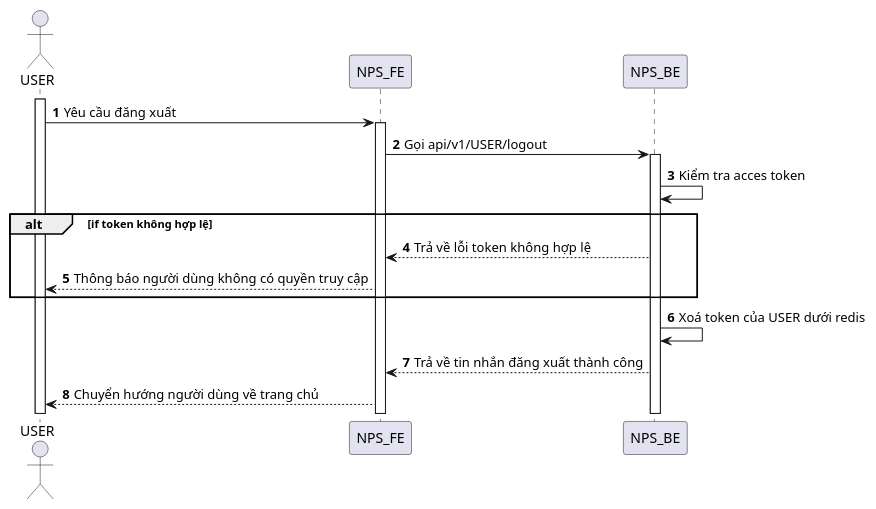
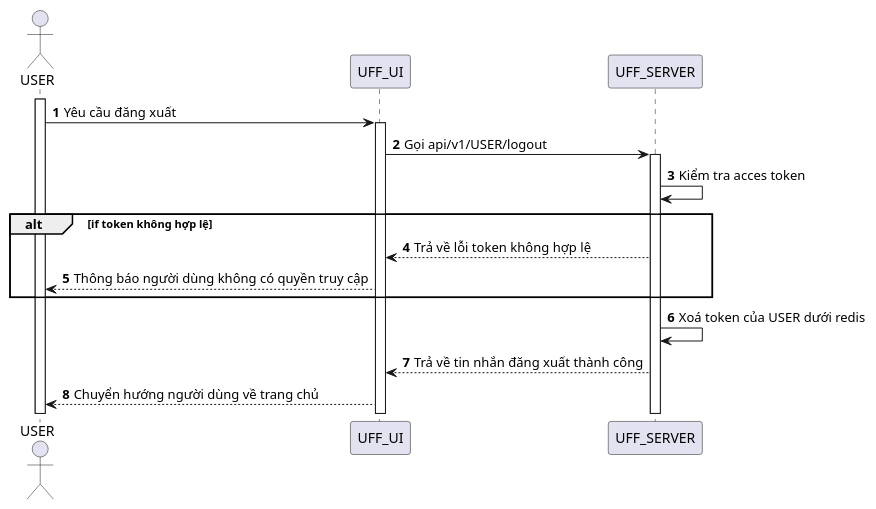
Before and after one commit to congdanh0101/fast-food: the diagram in SequenceDiagram/User/logout.puml, drawn with PlantUML. The commit also changed 177 other files, not shown here.

Commit message:
update sequence

```diff
--- a/SequenceDiagram/User/logout.puml
+++ b/SequenceDiagram/User/logout.puml
@@ -1,17 +1,17 @@
 @startuml
 autonumber
 actor USER
 activate USER
-USER -> NPS_FE: Yêu cầu đăng xuất
-activate NPS_FE
-NPS_FE -> NPS_BE: Gọi api/v1/USER/logout
-activate NPS_BE
-NPS_BE -> NPS_BE: Kiểm tra acces token 
+USER -> UFF_UI: Yêu cầu đăng xuất
+activate UFF_UI
+UFF_UI -> UFF_SERVER: Gọi api/v1/USER/logout
+activate UFF_SERVER
+UFF_SERVER -> UFF_SERVER: Kiểm tra acces token 
 alt if token không hợp lệ
-NPS_BE --> NPS_FE: Trả về lỗi token không hợp lệ
-NPS_FE --> USER: Thông báo người dùng không có quyền truy cập
+UFF_SERVER --> UFF_UI: Trả về lỗi token không hợp lệ
+UFF_UI --> USER: Thông báo người dùng không có quyền truy cập
 end
-NPS_BE -> NPS_BE: Xoá token của USER dưới redis
-NPS_BE --> NPS_FE: Trả về tin nhắn đăng xuất thành công
-NPS_FE --> USER: Chuyển hướng người dùng về trang chủ
+UFF_SERVER -> UFF_SERVER: Xoá token của USER dưới redis
+UFF_SERVER --> UFF_UI: Trả về tin nhắn đăng xuất thành công
+UFF_UI --> USER: Chuyển hướng người dùng về trang chủ
 @enduml
```
